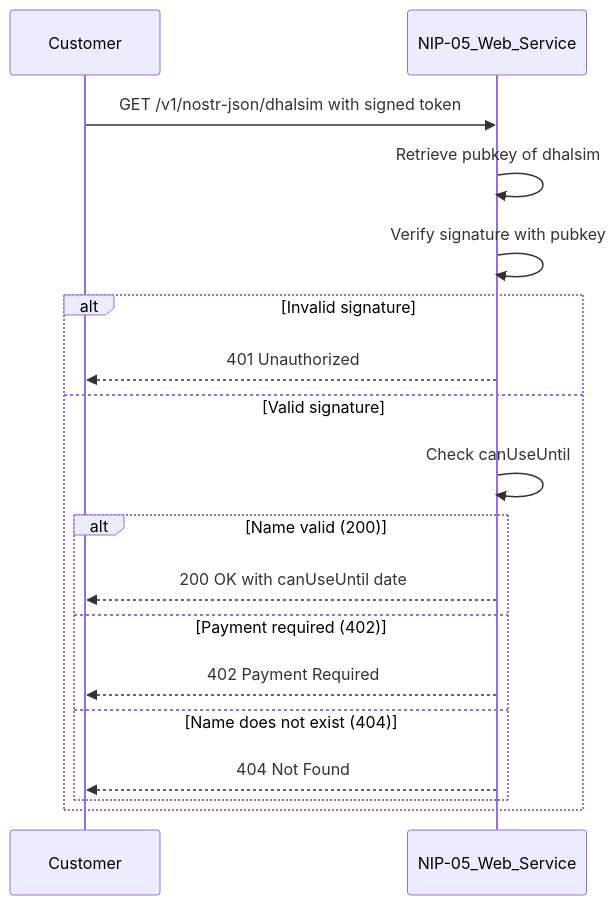
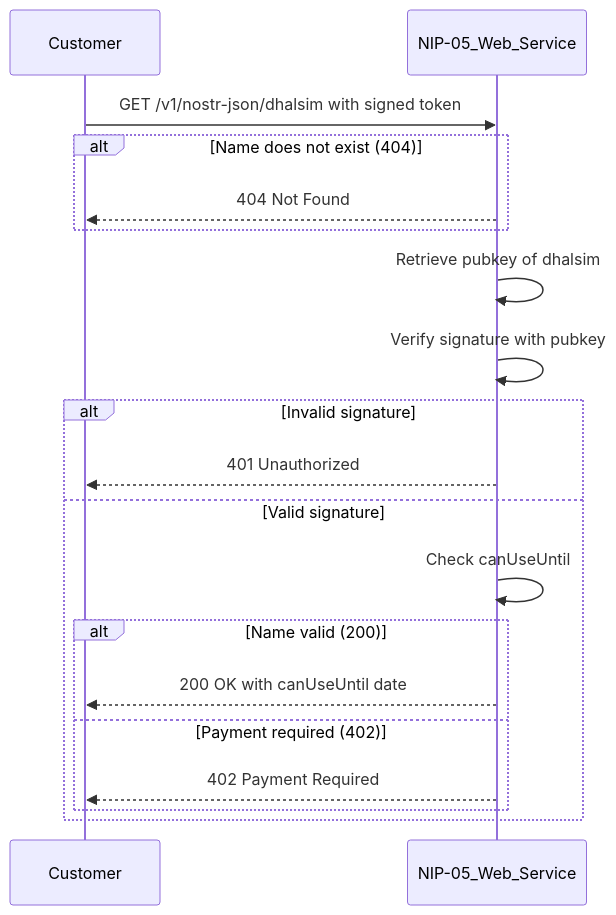
Before and after one commit to nostrize/website: the second of 3 diagrams in README.md, drawn with Mermaid. The commit also changed other lines of this file, not shown here.

````diff
--- a/README.md
+++ b/README.md
@@ -86,21 +86,23 @@
 ```mermaid
 sequenceDiagram
   participant Customer
   participant NIP-05_Web_Service
 
   Customer->>NIP-05_Web_Service: GET /v1/nostr-json/dhalsim with signed token
+  alt Name does not exist (404)
+      NIP-05_Web_Service-->>Customer: 404 Not Found
+  end
+
   NIP-05_Web_Service->>NIP-05_Web_Service: Retrieve pubkey of dhalsim
   NIP-05_Web_Service->>NIP-05_Web_Service: Verify signature with pubkey
   alt Invalid signature
       NIP-05_Web_Service-->>Customer: 401 Unauthorized
   else Valid signature
       NIP-05_Web_Service->>NIP-05_Web_Service: Check canUseUntil
       alt Name valid (200)
           NIP-05_Web_Service-->>Customer: 200 OK with canUseUntil date
       else Payment required (402)
           NIP-05_Web_Service-->>Customer: 402 Payment Required
-      else Name does not exist (404)
-          NIP-05_Web_Service-->>Customer: 404 Not Found
       end
   end
 ```
````
